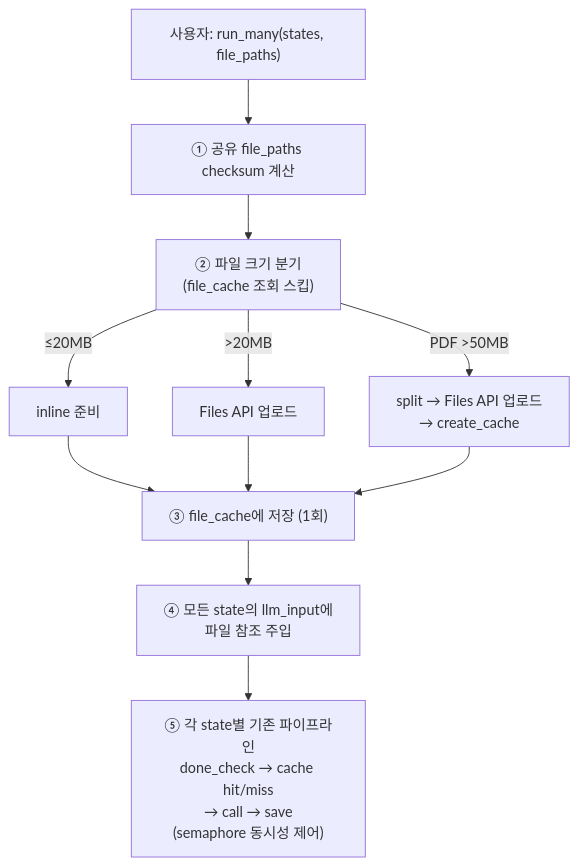
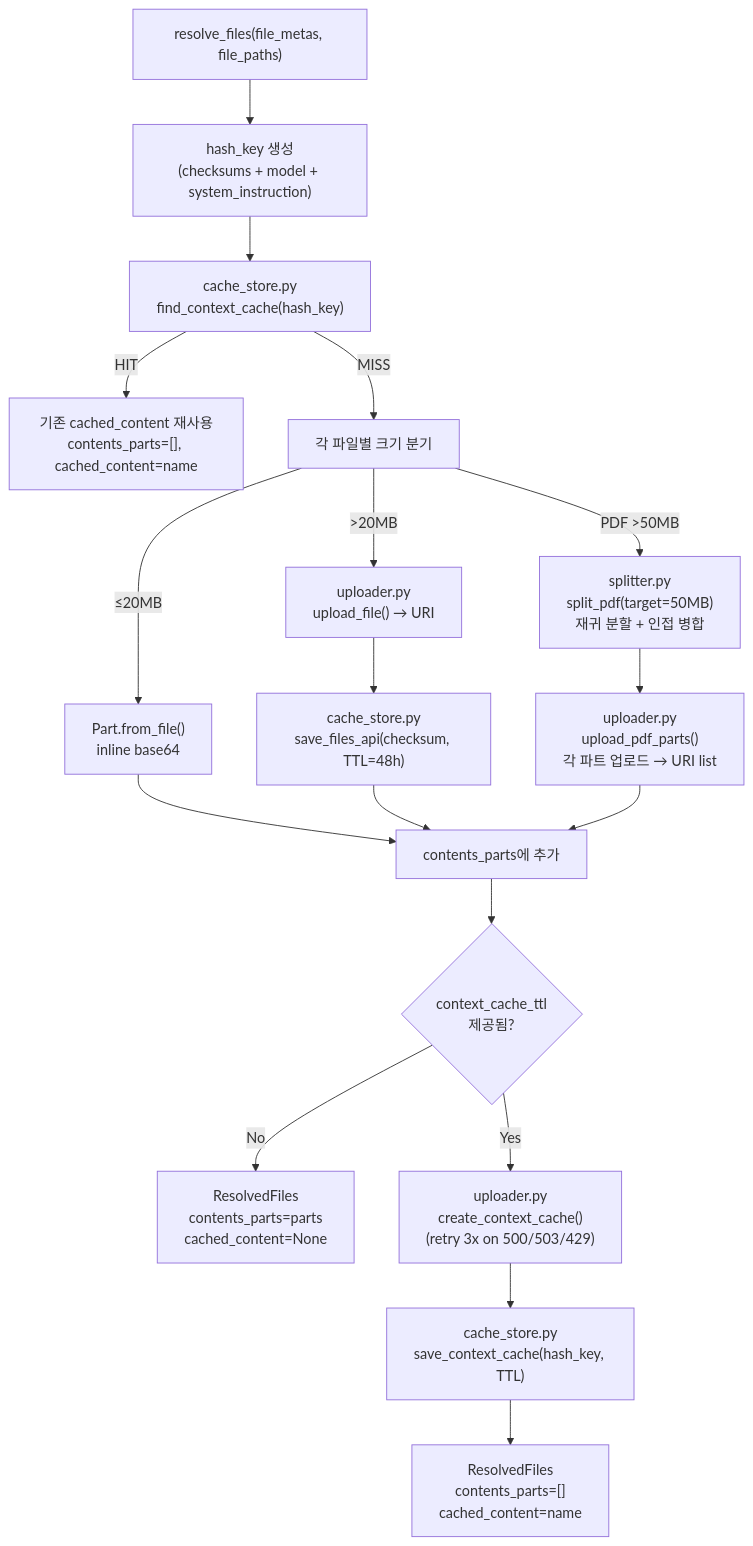
Before and after one commit to KiwoomAM/Kiwoom-Manager: the second of 2 diagrams in llm-manager/plans/temp.md, drawn with Mermaid. The commit also changed other lines of this file and 2 other files, not shown here.

````diff
--- a/llm-manager/plans/temp.md
+++ b/llm-manager/plans/temp.md
@@ -34,16 +38,26 @@
 ```mermaid
 flowchart TD
-    Start2["사용자: run_many(states, file_paths)"] --> CS2["① 공유 file_paths checksum 계산"]
-    CS2 --> Size2["② 파일 크기 분기<br/>(file_cache 조회 스킵)"]
+    Start["resolve_files(file_metas, file_paths)"]
+    Start --> HashKey["hash_key 생성<br/>(checksums + model + system_instruction)"]
+    HashKey --> RedisCheck["cache_store.py<br/>find_context_cache(hash_key)"]
 
-    Size2 -->|"≤20MB"| Inline2["inline 준비"]
-    Size2 -->|">20MB"| Upload2["Files API 업로드"]
-    Size2 -->|"PDF >50MB"| Split2["split → Files API 업로드<br/>→ create_cache"]
+    RedisCheck -->|HIT| Reuse["기존 cached_content 재사용<br/>contents_parts=[], cached_content=name"]
 
-    Inline2 --> SaveFC["③ file_cache에 저장 (1회)"]
-    Upload2 --> SaveFC
-    Split2 --> SaveFC
+    RedisCheck -->|MISS| Loop["각 파일별 크기 분기"]
 
-    SaveFC --> Inject["④ 모든 state의 llm_input에<br/>파일 참조 주입"]
-    Inject --> Pipeline["⑤ 각 state별 기존 파이프라인<br/>done_check → cache hit/miss<br/>→ call → save<br/>(semaphore 동시성 제어)"]
+    Loop -->|"≤20MB"| Inline["Part.from_file()<br/>inline base64"]
+    Loop -->|">20MB"| FilesAPI["uploader.py<br/>upload_file() → URI"]
+    Loop -->|"PDF >50MB"| Split["splitter.py<br/>split_pdf(target=50MB)<br/>재귀 분할 + 인접 병합"]
+    Split --> UploadParts["uploader.py<br/>upload_pdf_parts()<br/>각 파트 업로드 → URI list"]
+
+    Inline --> Collect["contents_parts에 추가"]
+    FilesAPI --> SaveFA["cache_store.py<br/>save_files_api(checksum, TTL=48h)"]
+    SaveFA --> Collect
+    UploadParts --> Collect
+
+    Collect --> TTLCheck{"context_cache_ttl\n제공됨?"}
+    TTLCheck -->|No| Direct["ResolvedFiles<br/>contents_parts=parts<br/>cached_content=None"]
+    TTLCheck -->|Yes| CreateCache["uploader.py<br/>create_context_cache()<br/>(retry 3x on 500/503/429)"]
+    CreateCache --> SaveCC["cache_store.py<br/>save_context_cache(hash_key, TTL)"]
+    SaveCC --> Cached["ResolvedFiles<br/>contents_parts=[]<br/>cached_content=name"]
 ```
````
